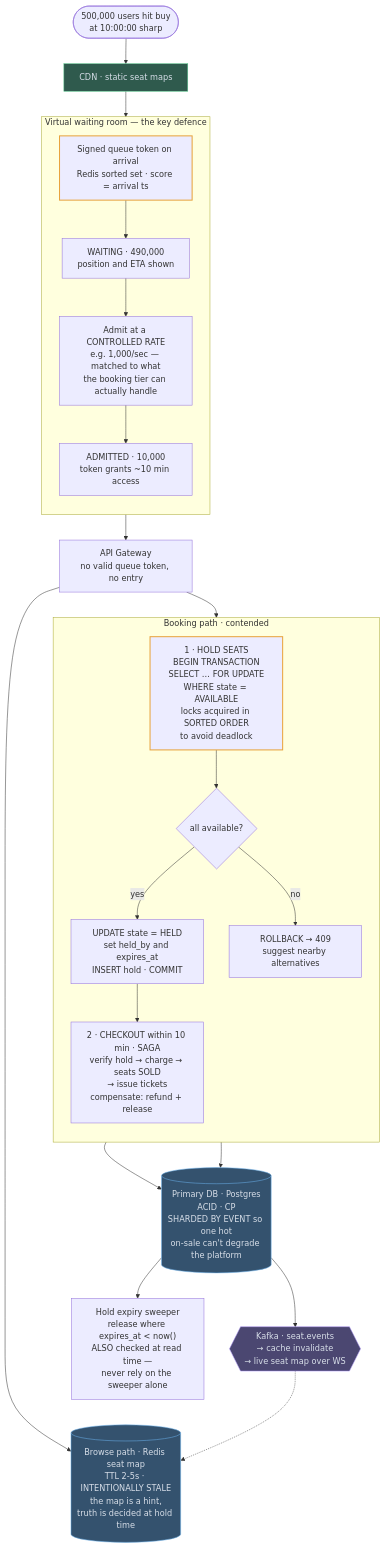
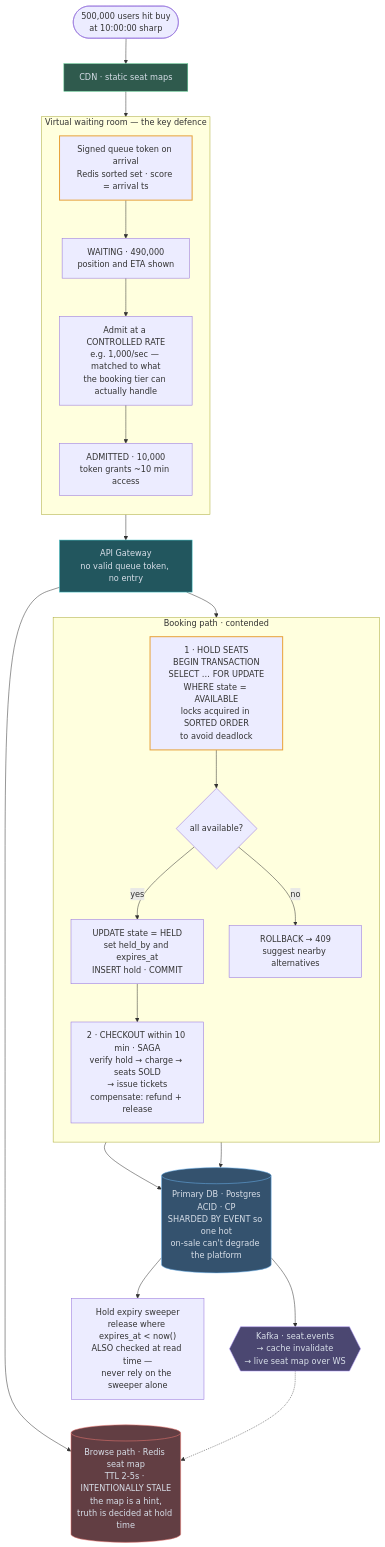
One commit to mertkahyaoglu/atlas changed the diagram in content/designs/11-ticketmaster-booking.md. Above: the diagram before and after it, drawn with Mermaid. The commit also changed 16 other files, not shown here.

First line of the commit message:
Split store into db/cache/blob; color gateway and load-balancer nodes

````diff
--- a/content/designs/11-ticketmaster-booking.md
+++ b/content/designs/11-ticketmaster-booking.md
@@ -126,56 +126,60 @@
 ```mermaid
 flowchart TB
     Rush([500,000 users hit buy<br/>at 10:00:00 sharp]) --> CDNEdge[CDN · static seat maps]
     CDNEdge --> Queue
 
     subgraph WR ["Virtual waiting room — the key defence"]
         direction TB
         Queue["Signed queue token on arrival<br/>Redis sorted set · score = arrival ts"]
         Waiting["WAITING · 490,000<br/>position and ETA shown"]
         Admit["Admit at a CONTROLLED RATE<br/>e.g. 1,000/sec — matched to what<br/>the booking tier can actually handle"]
         Admitted["ADMITTED · 10,000<br/>token grants ~10 min access"]
         Queue --> Waiting --> Admit --> Admitted
     end
 
     Admitted --> GW[API Gateway<br/>no valid queue token, no entry]
 
     GW --> Browse
 
     Browse[("Browse path · Redis seat map<br/>TTL 2-5s · INTENTIONALLY STALE<br/>the map is a hint,<br/>truth is decided at hold time")]
 
     subgraph BOOK ["Booking path · contended"]
         direction TB
         Hold["1 · HOLD SEATS<br/>BEGIN TRANSACTION<br/>SELECT … FOR UPDATE<br/>WHERE state = AVAILABLE<br/>locks acquired in SORTED ORDER<br/>to avoid deadlock"]
         Verdict{"all available?"}
         Ok["UPDATE state = HELD<br/>set held_by and expires_at<br/>INSERT hold · COMMIT"]
         Conflict["ROLLBACK → 409<br/>suggest nearby alternatives"]
         Checkout["2 · CHECKOUT within 10 min · SAGA<br/>verify hold → charge → seats SOLD<br/>→ issue tickets<br/>compensate: refund + release"]
         Hold --> Verdict
         Verdict -- "yes" --> Ok --> Checkout
         Verdict -- "no" --> Conflict
     end
 
     GW --> Hold
 
     Checkout --> DB
     Ok --> DB
     DB[("Primary DB · Postgres<br/>ACID · CP<br/>SHARDED BY EVENT so one hot<br/>on-sale can't degrade the platform")]
 
     DB --> Sweeper["Hold expiry sweeper<br/>release where expires_at < now()<br/>ALSO checked at read time —<br/>never rely on the sweeper alone"]
     DB --> SeatEvents{{"Kafka · seat.events<br/>→ cache invalidate<br/>→ live seat map over WS"}}
     SeatEvents -.-> Browse
 
-    classDef store fill:#34526e,stroke:#6cb2ee,color:#d7dee8
+    classDef db fill:#34526e,stroke:#6cb2ee,color:#d7dee8
+    classDef cache fill:#623e43,stroke:#f07a73,color:#d7dee8
     classDef queue fill:#4b4771,stroke:#ad94f7,color:#d7dee8
     classDef external fill:#2f5a4d,stroke:#5cc98f,color:#d7dee8
+    classDef gateway fill:#22565e,stroke:#38bdc1,color:#d7dee8
     classDef hot stroke:#e8a33d,stroke-width:2px
-    class Browse,DB store
+    class DB db
+    class Browse cache
     class Queue,Hold hot
     class SeatEvents queue
     class CDNEdge external
+    class GW gateway
 
     click Queue href "/docs/04-caching" "Role: a waiting room that admits users at the rate booking can handle.<br/>Trade-off: users wait, but the booking path survives the on-sale spike."
     click Browse href "/docs/04-caching" "Role: a fast, deliberately stale seat map for browsing.<br/>Trade-off: a seat shown as free may already be held, and the hold step decides."
     click DB href "/docs/02-data-storage" "Role: the single authority on seat state, sharded by event.<br/>Trade-off: strict consistency caps write throughput on each event's shard."
     click SeatEvents href "/docs/05-async-messaging-and-event-driven" "Role: seat changes invalidate caches and refresh live seat maps.<br/>Trade-off: maps lag slightly, so clients must handle hold conflicts."
 ```
````
